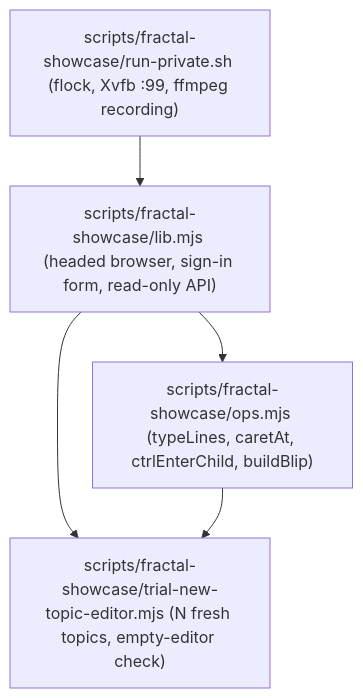
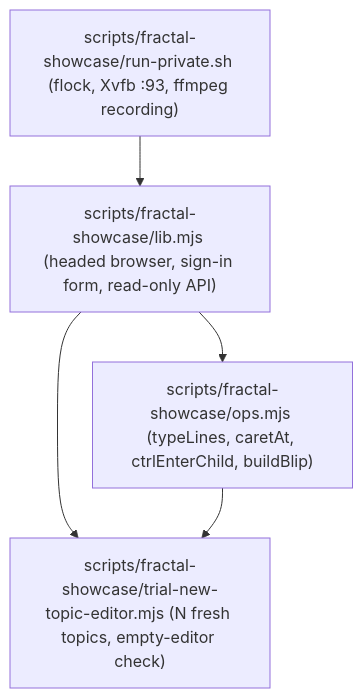
Before and after one commit to HCSS-StratBase/rizzoma: the first of 2 diagrams in wiki/verification/fractal-showcase.md, drawn with Mermaid. The commit also changed other lines of this file and 2 other files, not shown here.

First line of the commit message:
docs(wiki): measured trial numbers for the empty root editor fix; private display :93

````diff
--- a/wiki/verification/fractal-showcase.md
+++ b/wiki/verification/fractal-showcase.md
@@ -27,11 +27,11 @@
 ```mermaid
 graph TD
-    RUN["scripts/fractal-showcase/run-private.sh (flock, Xvfb :99, ffmpeg recording)"]
+    RUN["scripts/fractal-showcase/run-private.sh (flock, Xvfb :93, ffmpeg recording)"]
     LIB["scripts/fractal-showcase/lib.mjs (headed browser, sign-in form, read-only API)"]
     OPS["scripts/fractal-showcase/ops.mjs (typeLines, caretAt, ctrlEnterChild, buildBlip)"]
     TRIAL["scripts/fractal-showcase/trial-new-topic-editor.mjs (N fresh topics, empty-editor check)"]
     RUN --> LIB
     LIB --> OPS
     LIB --> TRIAL
     OPS --> TRIAL
 ```
````
